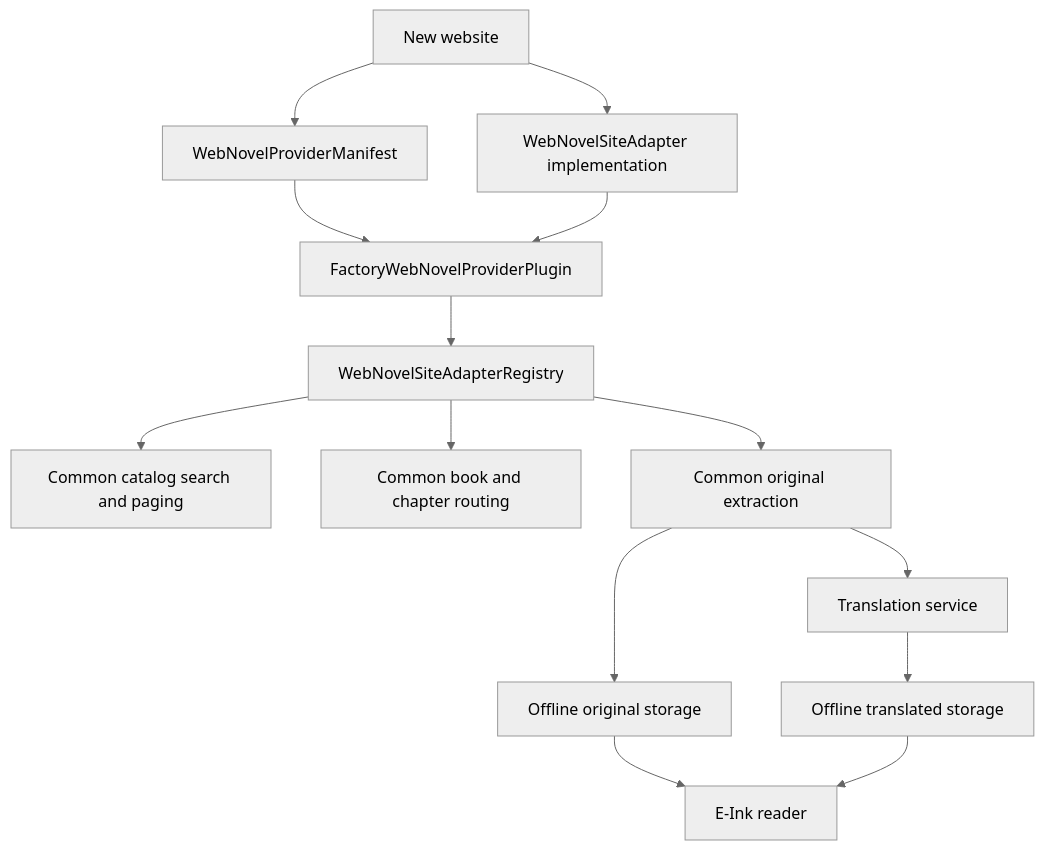
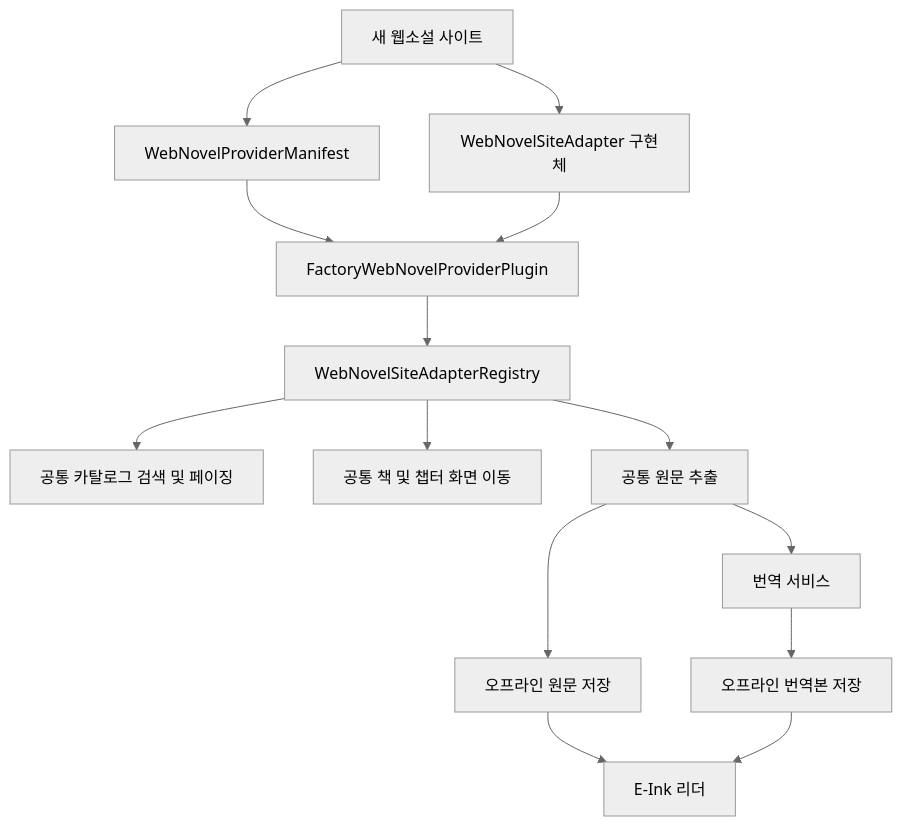
Before and after one commit to gongdongho12/PageTuner: the first of 3 diagrams in docs/WEB_NOVEL_PROVIDER_PLUGINS.md, drawn with Mermaid (neutral theme). The commit also changed other lines of this file, not shown here.

Commit message:
docs(web-novel): 공급자 플러그인 문서 한국어화

````diff
--- a/docs/WEB_NOVEL_PROVIDER_PLUGINS.md
+++ b/docs/WEB_NOVEL_PROVIDER_PLUGINS.md
@@ -28,16 +27,16 @@
 ```mermaid
 flowchart TD
-    A["New website"] --> B["WebNovelProviderManifest"]
-    A --> C["WebNovelSiteAdapter implementation"]
+    A["새 웹소설 사이트"] --> B["WebNovelProviderManifest"]
+    A --> C["WebNovelSiteAdapter 구현체"]
     B --> D["FactoryWebNovelProviderPlugin"]
     C --> D
     D --> E["WebNovelSiteAdapterRegistry"]
-    E --> F["Common catalog search and paging"]
-    E --> G["Common book and chapter routing"]
-    E --> H["Common original extraction"]
-    H --> I["Translation service"]
-    H --> J["Offline original storage"]
-    I --> K["Offline translated storage"]
-    J --> L["E-Ink reader"]
+    E --> F["공통 카탈로그 검색 및 페이징"]
+    E --> G["공통 책 및 챕터 화면 이동"]
+    E --> H["공통 원문 추출"]
+    H --> I["번역 서비스"]
+    H --> J["오프라인 원문 저장"]
+    I --> K["오프라인 번역본 저장"]
+    J --> L["E-Ink 리더"]
     K --> L
 ```
````
